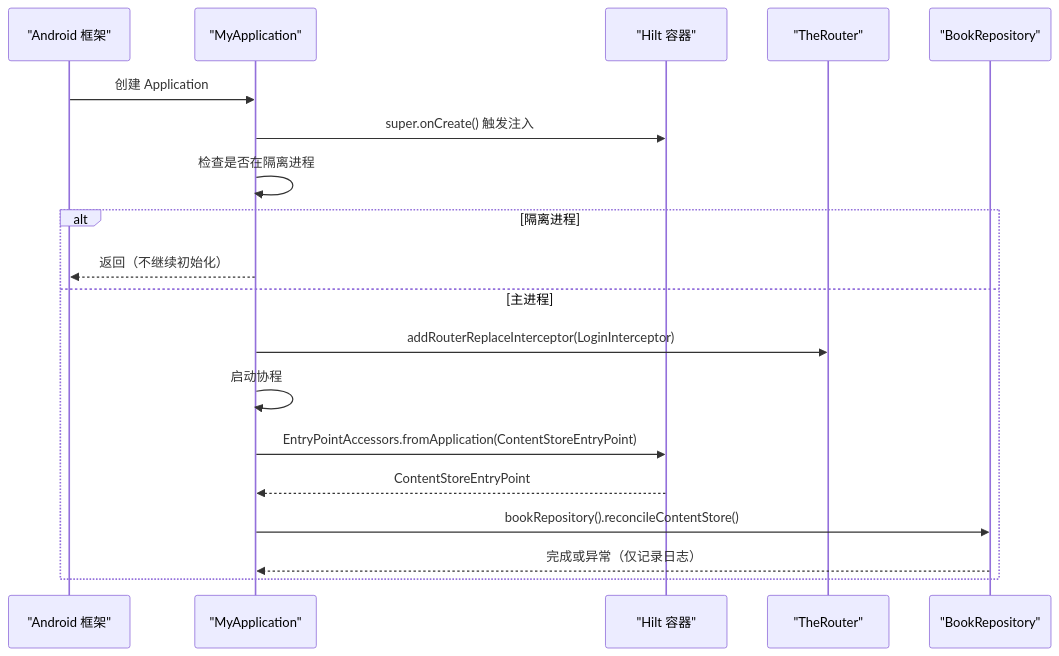
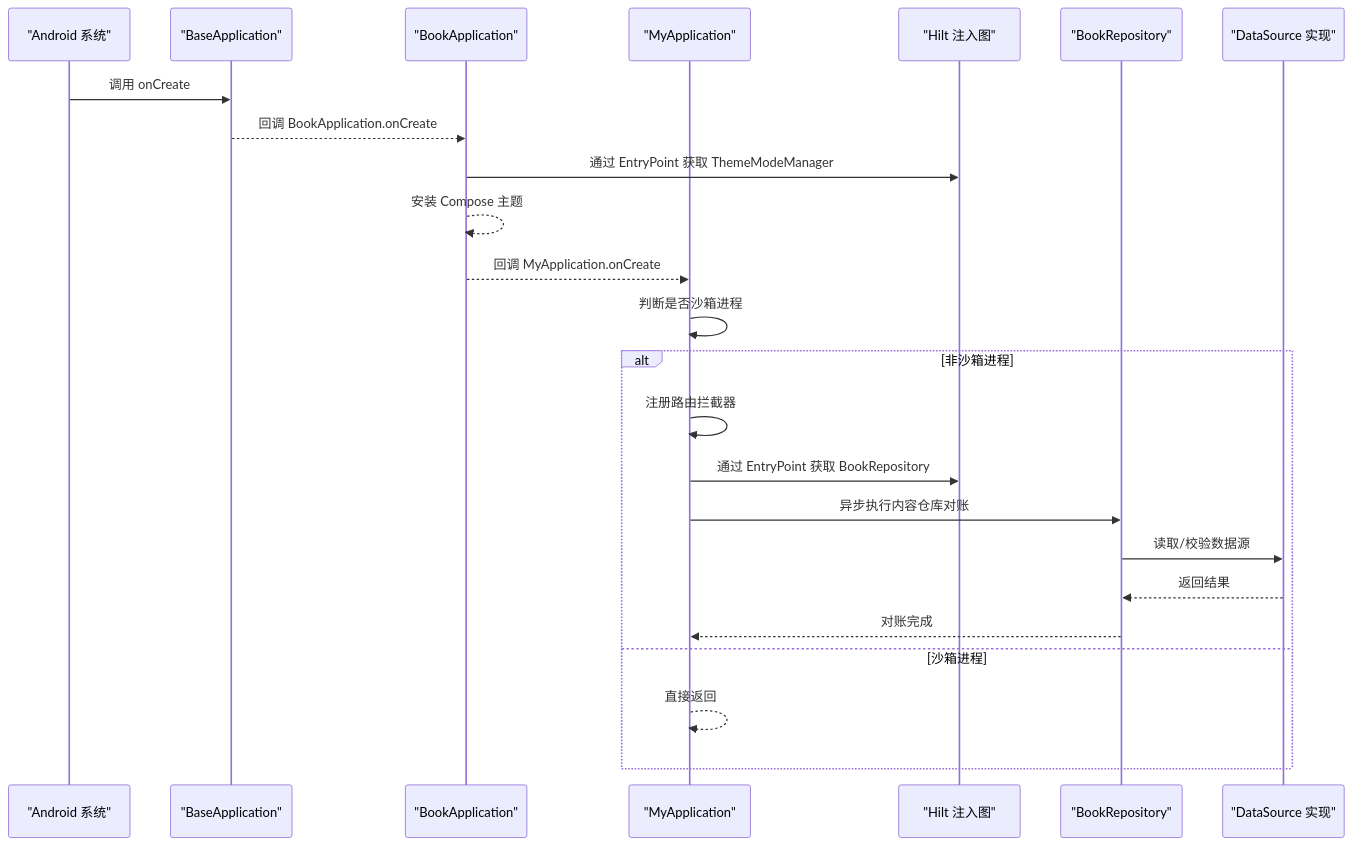
Before and after one commit to xrn1997/android-ebook: the second of 11 diagrams in .qoder/repowiki/zh/content/核心模块/应用入口模块 (module_app).md, drawn with Mermaid. The commit also changed other lines of this file and 456 other files, not shown here.

````diff
--- a/.qoder/repowiki/zh/content/核心模块/应用入口模块 (module_app).md
+++ b/.qoder/repowiki/zh/content/核心模块/应用入口模块 (module_app).md
@@ -80,22 +101,27 @@
 ```mermaid
 sequenceDiagram
-    participant OS as "Android 框架"
-    participant App as "MyApplication"
-    participant Hilt as "Hilt 容器"
-    participant Router as "TheRouter"
+    participant AMS as "Android 系统"
+    participant BaseApp as "BaseApplication"
+    participant BookApp as "BookApplication"
+    participant MyApp as "MyApplication"
+    participant Hilt as "Hilt 注入图"
     participant Repo as "BookRepository"
+    participant Net as "DataSource 实现"
 
-    OS->>App: 创建 Application
-    App->>Hilt: super.onCreate() 触发注入
-    App->>App: 检查是否在隔离进程
-    alt 隔离进程
-        App-->>OS: 返回（不继续初始化）
-    else 主进程
-        App->>Router: addRouterReplaceInterceptor(LoginInterceptor)
-        App->>App: 启动协程
-        App->>Hilt: EntryPointAccessors.fromApplication(ContentStoreEntryPoint)
-        Hilt-->>App: ContentStoreEntryPoint
-        App->>Repo: bookRepository().reconcileContentStore()
-        Repo-->>App: 完成或异常（仅记录日志）
+    AMS->>BaseApp: 调用 onCreate
+    BaseApp-->>BookApp: 回调 BookApplication.onCreate
+    BookApp->>Hilt: 通过 EntryPoint 获取 ThemeModeManager
+    BookApp-->>BookApp: 安装 Compose 主题
+    BookApp-->>MyApp: 回调 MyApplication.onCreate
+    MyApp->>MyApp: 判断是否沙箱进程
+    alt 非沙箱进程
+        MyApp->>MyApp: 注册路由拦截器
+        MyApp->>Hilt: 通过 EntryPoint 获取 BookRepository
+        MyApp->>Repo: 异步执行内容仓库对账
+        Repo->>Net: 读取/校验数据源
+        Net-->>Repo: 返回结果
+        Repo-->>MyApp: 对账完成
+    else 沙箱进程
+        MyApp-->>MyApp: 直接返回
     end
 ```
````
